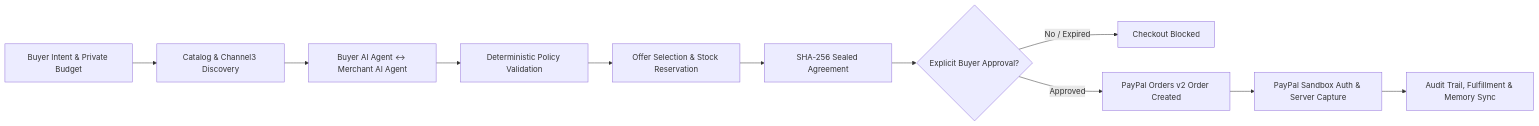
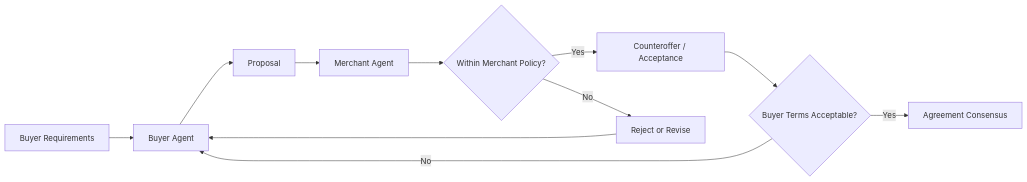
The third of 6 diagrams in README.md (Guruprasad-Bhosale/PayVia), drawn with Mermaid before and after one commit. The commit also changed other lines of this file and 16 other files, not shown here.

Commit message:
docs(repo): prepare PayVia for PayPal Hackathon submission

````diff
--- a/README.md
+++ b/README.md
@@ -55,13 +305,13 @@
 ```mermaid
 flowchart LR
-    U["Buyer Intent & Private Budget"] --> D["Catalog & Channel3 Discovery"]
-    D --> N["Buyer AI Agent <-> Merchant AI Agent"]
-    N --> P["Deterministic Policy Validation"]
-    P --> R["Offer Selection & Stock Reservation"]
-    R --> A["SHA-256 Sealed Agreement"]
-    A --> H{"Explicit Buyer Approval?"}
-    H -- "No / Expired" --> B["Checkout Blocked"]
-    H -- "Approved" --> O["PayPal Orders v2 Order Created"]
-    O --> C["PayPal Sandbox Auth & Server Capture"]
-    C --> F["Audit Trail, Fulfillment & Memory Sync"]
+    A["Buyer Requirements"] --> B["Buyer Agent"]
+    B --> C["Proposal"]
+    C --> D["Merchant Agent"]
+    D --> E{"Within Merchant Policy?"}
+    E -->|Yes| F["Counteroffer / Acceptance"]
+    E -->|No| G["Reject or Revise"]
+    G --> B
+    F --> H{"Buyer Terms Acceptable?"}
+    H -->|No| B
+    H -->|Yes| I["Agreement Consensus"]
 ```
````
